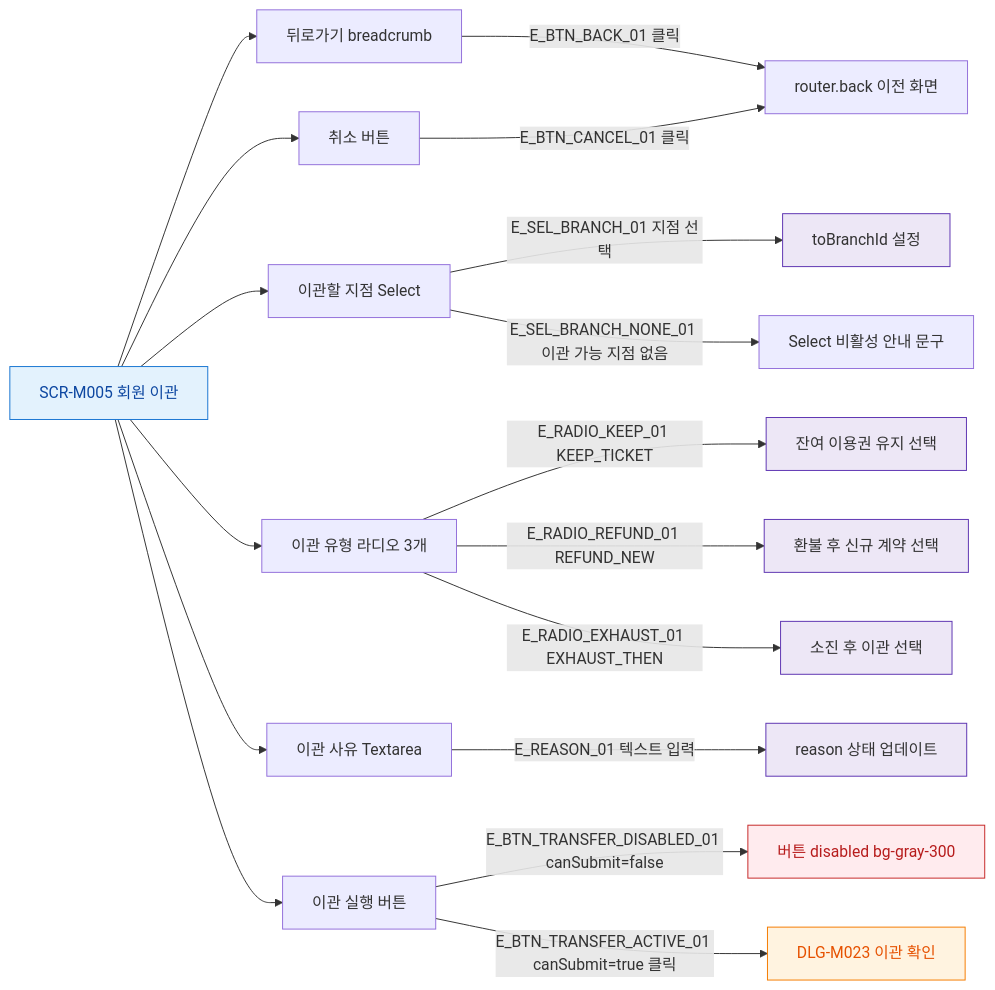
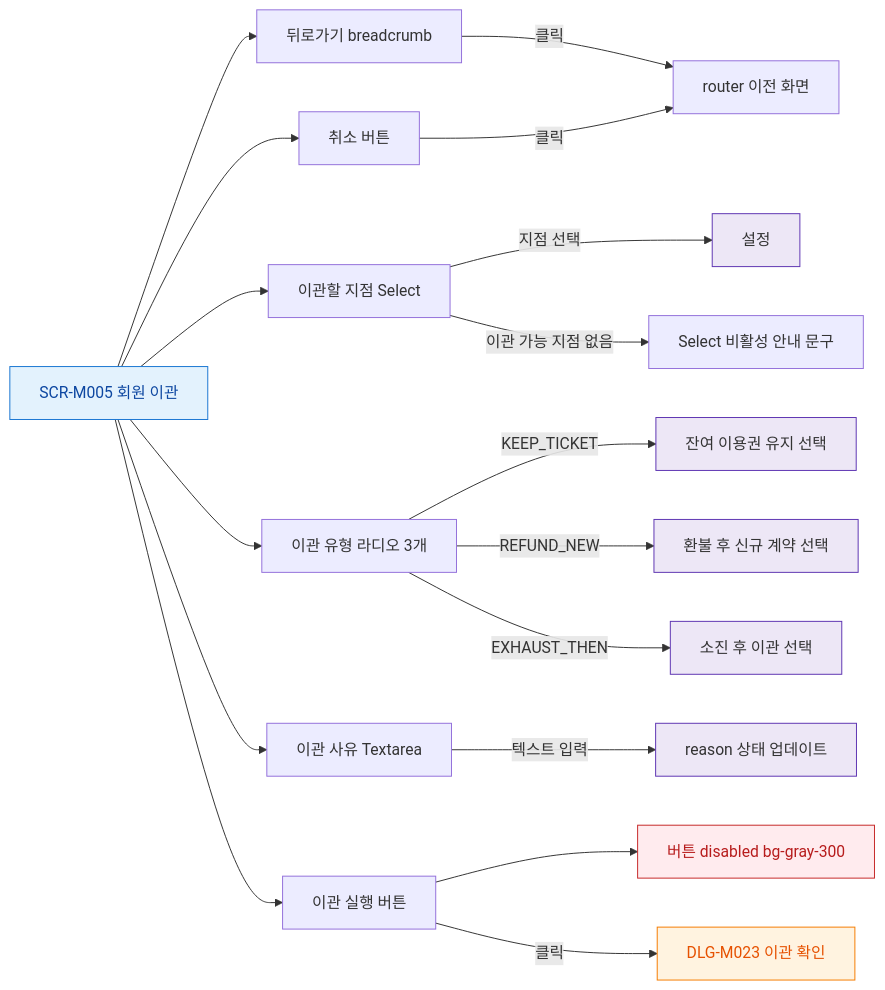
One commit to dev-spogym/admin-pando changed the diagram in docs/다이어그램/D02_회원관리/SCR-M005_회원이관/F3_버튼액션.md. Above: the diagram before and after it, drawn with Mermaid. The commit also changed other lines of this file and 1660 other files, not shown here.

First line of the commit message:
다이어그램: 기획자/클라이언트 납품본으로 정리

````diff
--- a/docs/다이어그램/D02_회원관리/SCR-M005_회원이관/F3_버튼액션.md
+++ b/docs/다이어그램/D02_회원관리/SCR-M005_회원이관/F3_버튼액션.md
@@ -22,37 +20,37 @@
 ```mermaid
 flowchart LR
   SCR_M005[SCR-M005 회원 이관]
 
   SCR_M005 --> BTN_BACK[뒤로가기 breadcrumb]
   SCR_M005 --> SEL_BRANCH[이관할 지점 Select]
   SCR_M005 --> RADIO_TYPE[이관 유형 라디오 3개]
   SCR_M005 --> TEXTAREA_REASON[이관 사유 Textarea]
   SCR_M005 --> BTN_CANCEL[취소 버튼]
   SCR_M005 --> BTN_TRANSFER[이관 실행 버튼]
 
-  BTN_BACK -->|E_BTN_BACK_01 클릭| NAV_BACK[router.back 이전 화면]
+  BTN_BACK -->|클릭|NAV_BACK[router 이전 화면]
 
-  SEL_BRANCH -->|E_SEL_BRANCH_01 지점 선택| STATE_BRANCH_SET[toBranchId 설정]
-  SEL_BRANCH -->|E_SEL_BRANCH_NONE_01 이관 가능 지점 없음| SEL_DISABLED[Select 비활성 안내 문구]
+  SEL_BRANCH -->|지점 선택|STATE_BRANCH_SET[설정]
+  SEL_BRANCH -->|이관 가능 지점 없음|SEL_DISABLED[Select 비활성 안내 문구]
 
-  RADIO_TYPE -->|E_RADIO_KEEP_01 KEEP_TICKET| TYPE_KEEP[잔여 이용권 유지 선택]
-  RADIO_TYPE -->|E_RADIO_REFUND_01 REFUND_NEW| TYPE_REFUND[환불 후 신규 계약 선택]
-  RADIO_TYPE -->|E_RADIO_EXHAUST_01 EXHAUST_THEN| TYPE_EXHAUST[소진 후 이관 선택]
+  RADIO_TYPE -->|KEEP_TICKET|TYPE_KEEP[잔여 이용권 유지 선택]
+  RADIO_TYPE -->|REFUND_NEW|TYPE_REFUND[환불 후 신규 계약 선택]
+  RADIO_TYPE -->|EXHAUST_THEN|TYPE_EXHAUST[소진 후 이관 선택]
 
-  TEXTAREA_REASON -->|E_REASON_01 텍스트 입력| REASON_SET[reason 상태 업데이트]
+  TEXTAREA_REASON -->|텍스트 입력|REASON_SET[reason 상태 업데이트]
 
-  BTN_CANCEL -->|E_BTN_CANCEL_01 클릭| NAV_BACK
+  BTN_CANCEL -->|클릭|NAV_BACK
 
-  BTN_TRANSFER -->|E_BTN_TRANSFER_DISABLED_01 canSubmit=false| BTN_DISABLED[버튼 disabled bg-gray-300]
-  BTN_TRANSFER -->|E_BTN_TRANSFER_ACTIVE_01 canSubmit=true 클릭| DLG_M023[DLG-M023 이관 확인]
+  BTN_TRANSFER --> BTN_DISABLED[버튼 disabled bg-gray-300]
+  BTN_TRANSFER -->|클릭|DLG_M023[DLG-M023 이관 확인]
 
-  classDef screen  fill:#E3F2FD,stroke:#1976D2,color:#0D47A1
-  classDef modal   fill:#FFF3E0,stroke:#F57C00,color:#E65100
-  classDef system  fill:#EDE7F6,stroke:#5E35B2
-  classDef error   fill:#FFEBEE,stroke:#C62828,color:#B71C1C
+  classDef screen fill:#E3F2FD,stroke:#1976D2,color:#0D47A1
+  classDef modal fill:#FFF3E0,stroke:#F57C00,color:#E65100
+  classDef system fill:#EDE7F6,stroke:#5E35B2
+  classDef error fill:#FFEBEE,stroke:#C62828,color:#B71C1C
 
   class SCR_M005 screen
   class DLG_M023 modal
   class STATE_BRANCH_SET,TYPE_KEEP,TYPE_REFUND,TYPE_EXHAUST,REASON_SET system
   class BTN_DISABLED error
 ```
````
